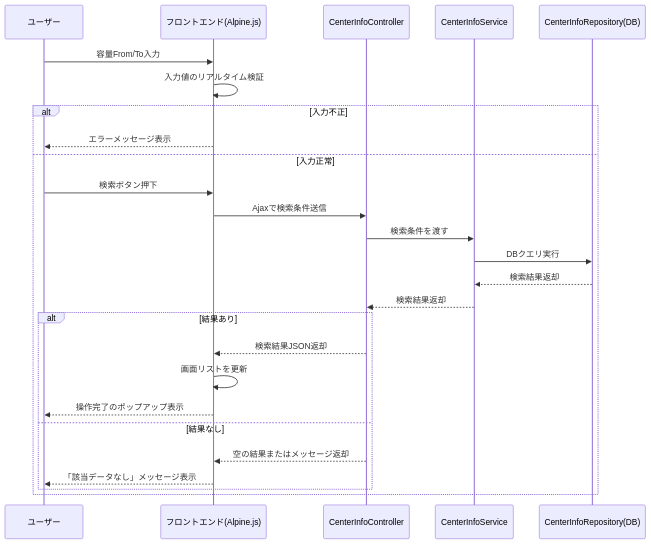
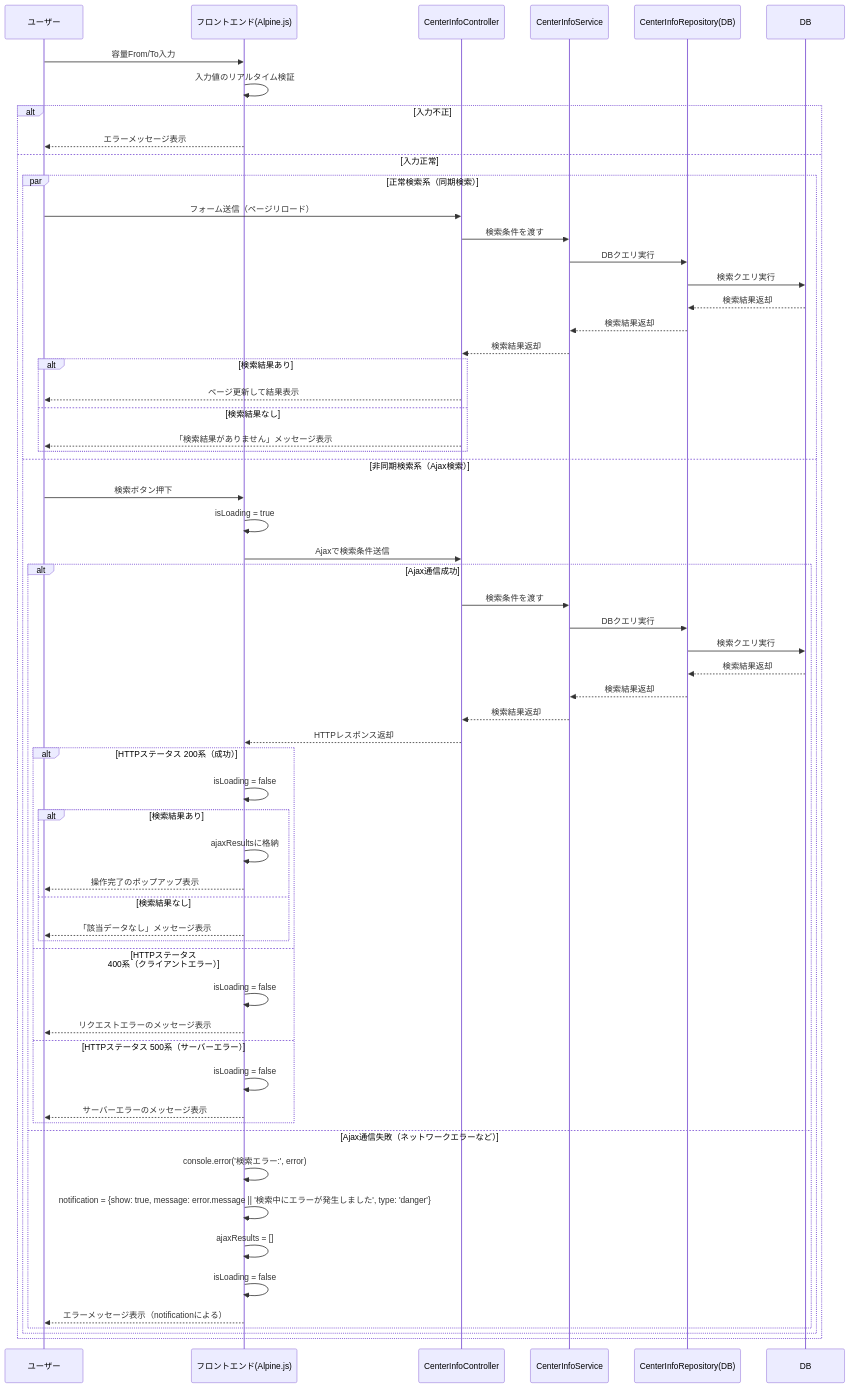
One commit to chenenmei/development-PGcourse-DroneInventorySystem changed the diagram in docs/詳細設計書/在庫センター情報管理画面/シーケンス図/mermaid/search.mmd. Above: the diagram before and after it, drawn with Mermaid. The commit also changed 1 other file, not shown here.

Commit message:
シーケンス図の指摘対応

```diff
--- a/docs/詳細設計書/在庫センター情報管理画面/シーケンス図/mermaid/search.mmd
+++ b/docs/詳細設計書/在庫センター情報管理画面/シーケンス図/mermaid/search.mmd
@@ -1,27 +1,66 @@
 sequenceDiagram
     participant User as ユーザー
     participant Frontend as フロントエンド(Alpine.js)
     participant Controller as CenterInfoController
     participant Service as CenterInfoService
     participant Repository as CenterInfoRepository(DB)
+    participant DB as DB
 
     User->>Frontend: 容量From/To入力
     Frontend->>Frontend: 入力値のリアルタイム検証
+
     alt 入力不正
         Frontend-->>User: エラーメッセージ表示
     else 入力正常
-        User->>Frontend: 検索ボタン押下
-        Frontend->>Controller: Ajaxで検索条件送信
-        Controller->>Service: 検索条件を渡す
-        Service->>Repository: DBクエリ実行
-        Repository-->>Service: 検索結果返却
-        Service-->>Controller: 検索結果返却
-        alt 結果あり
-            Controller-->>Frontend: 検索結果JSON返却
-            Frontend->>Frontend: 画面リストを更新
-            Frontend-->>User: 操作完了のポップアップ表示
-        else 結果なし
-            Controller-->>Frontend: 空の結果またはメッセージ返却
-            Frontend-->>User: 「該当データなし」メッセージ表示
+        par 正常検索系（同期検索）
+            User->>Controller: フォーム送信（ページリロード）
+            Controller->>Service: 検索条件を渡す
+            Service->>Repository: DBクエリ実行
+            Repository->>DB: 検索クエリ実行
+            DB-->>Repository: 検索結果返却
+            Repository-->>Service: 検索結果返却
+            Service-->>Controller: 検索結果返却
+            alt 検索結果あり
+                Controller-->>User: ページ更新して結果表示
+            else 検索結果なし
+                Controller-->>User: 「検索結果がありません」メッセージ表示
+            end
+        and 非同期検索系（Ajax検索）
+            User->>Frontend: 検索ボタン押下
+            Frontend->>Frontend: isLoading = true
+            Frontend->>Controller: Ajaxで検索条件送信
+
+            alt Ajax通信成功
+                Controller->>Service: 検索条件を渡す
+                Service->>Repository: DBクエリ実行
+                Repository->>DB: 検索クエリ実行
+                DB-->>Repository: 検索結果返却
+                Repository-->>Service: 検索結果返却
+                Service-->>Controller: 検索結果返却
+                Controller-->>Frontend: HTTPレスポンス返却
+
+                alt HTTPステータス 200系（成功）
+                    Frontend->>Frontend: isLoading = false
+                    alt 検索結果あり
+                        Frontend->>Frontend: ajaxResultsに格納
+                        Frontend-->>User: 操作完了のポップアップ表示
+                    else 検索結果なし
+                        Frontend-->>User: 「該当データなし」メッセージ表示
+                    end
+                else HTTPステータス 400系（クライアントエラー）
+                    Frontend->>Frontend: isLoading = false
+                    Frontend-->>User: リクエストエラーのメッセージ表示
+                else HTTPステータス 500系（サーバーエラー）
+                    Frontend->>Frontend: isLoading = false
+                    Frontend-->>User: サーバーエラーのメッセージ表示
+                end
+
+            else Ajax通信失敗（ネットワークエラーなど）
+                Frontend->>Frontend: console.error('検索エラー:', error)
+                Frontend->>Frontend: notification = {show: true, message: error.message || '検索中にエラーが発生しました', type: 'danger'}
+                Frontend->>Frontend: ajaxResults = []
+                Frontend->>Frontend: isLoading = false
+                Frontend-->>User: エラーメッセージ表示（notificationによる）
+            end
         end
     end
```
